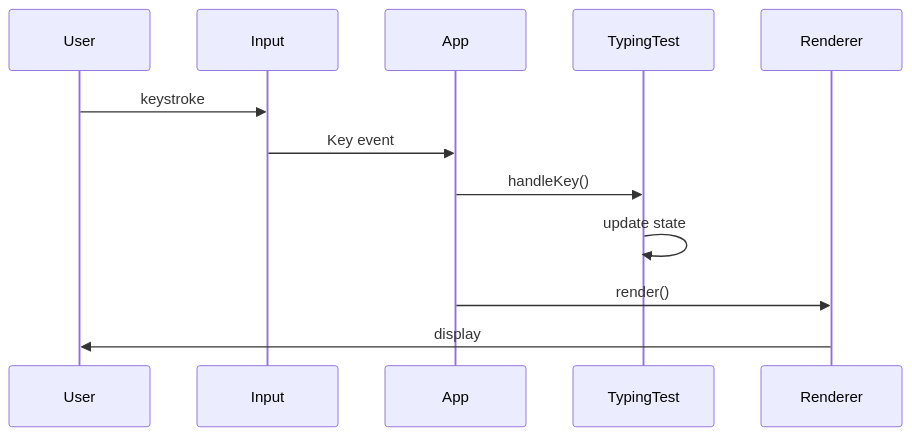
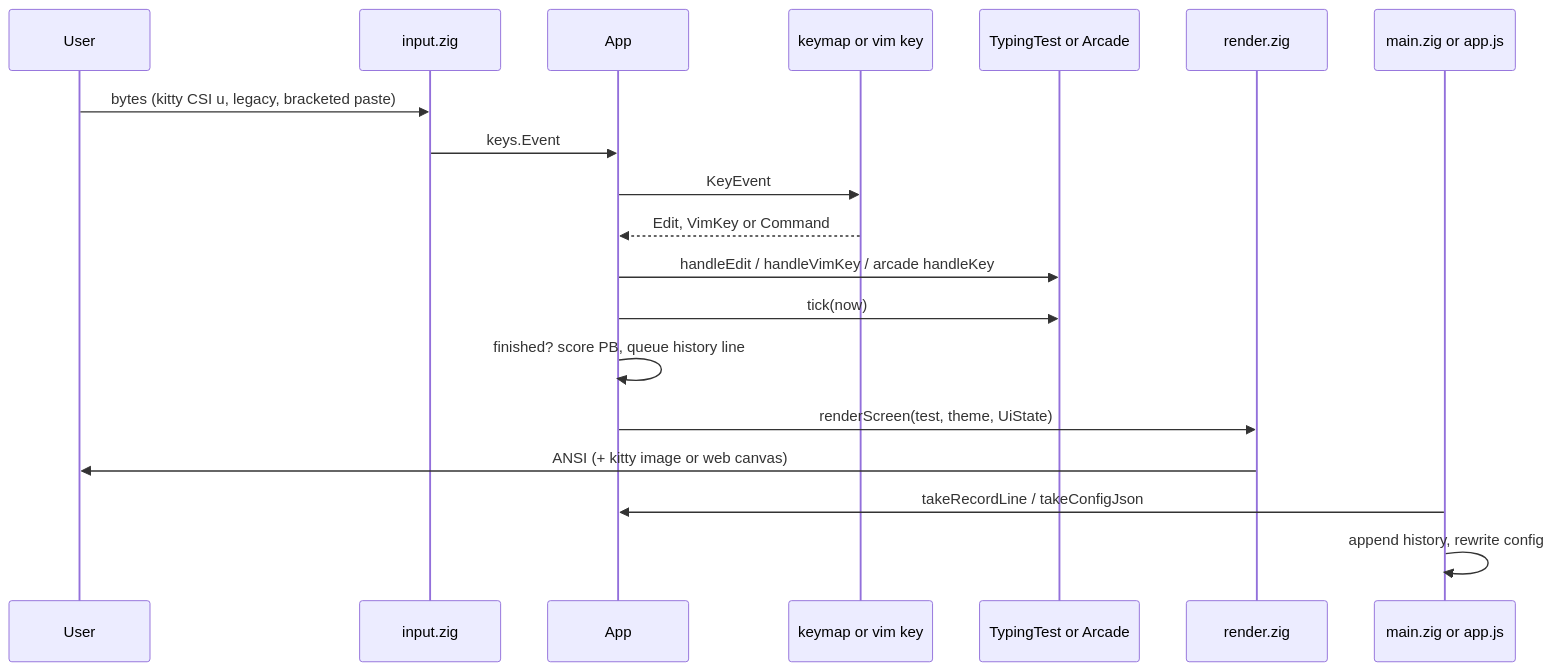
One commit to snipeship/snipetype changed the second of 9 diagrams in docs/architecture.md. Above: the diagram before and after it, drawn with Mermaid. The commit also changed other lines of this file and 157 other files, not shown here.

First line of the commit message:
feat: arcade mode, vim engine rewrite and typing level-up

````diff
--- a/docs/architecture.md
+++ b/docs/architecture.md
@@ -94,15 +175,22 @@
 ```mermaid
 sequenceDiagram
     participant User
-    participant Input
+    participant Input as input.zig
     participant App
-    participant TypingTest
-    participant Renderer
+    participant Map as keymap or vim key
+    participant Test as TypingTest or Arcade
+    participant UI as render.zig
+    participant Host as main.zig or app.js
 
-    User->>Input: keystroke
-    Input->>App: Key event
-    App->>TypingTest: handleKey()
-    TypingTest->>TypingTest: update state
-    App->>Renderer: render()
-    Renderer->>User: display
+    User->>Input: bytes (kitty CSI u, legacy, bracketed paste)
+    Input->>App: keys.Event
+    App->>Map: KeyEvent
+    Map-->>App: Edit, VimKey or Command
+    App->>Test: handleEdit / handleVimKey / arcade handleKey
+    App->>Test: tick(now)
+    App->>App: finished? score PB, queue history line
+    App->>UI: renderScreen(test, theme, UiState)
+    UI->>User: ANSI (+ kitty image or web canvas)
+    Host->>App: takeRecordLine / takeConfigJson
+    Host->>Host: append history, rewrite config
 ```
````
